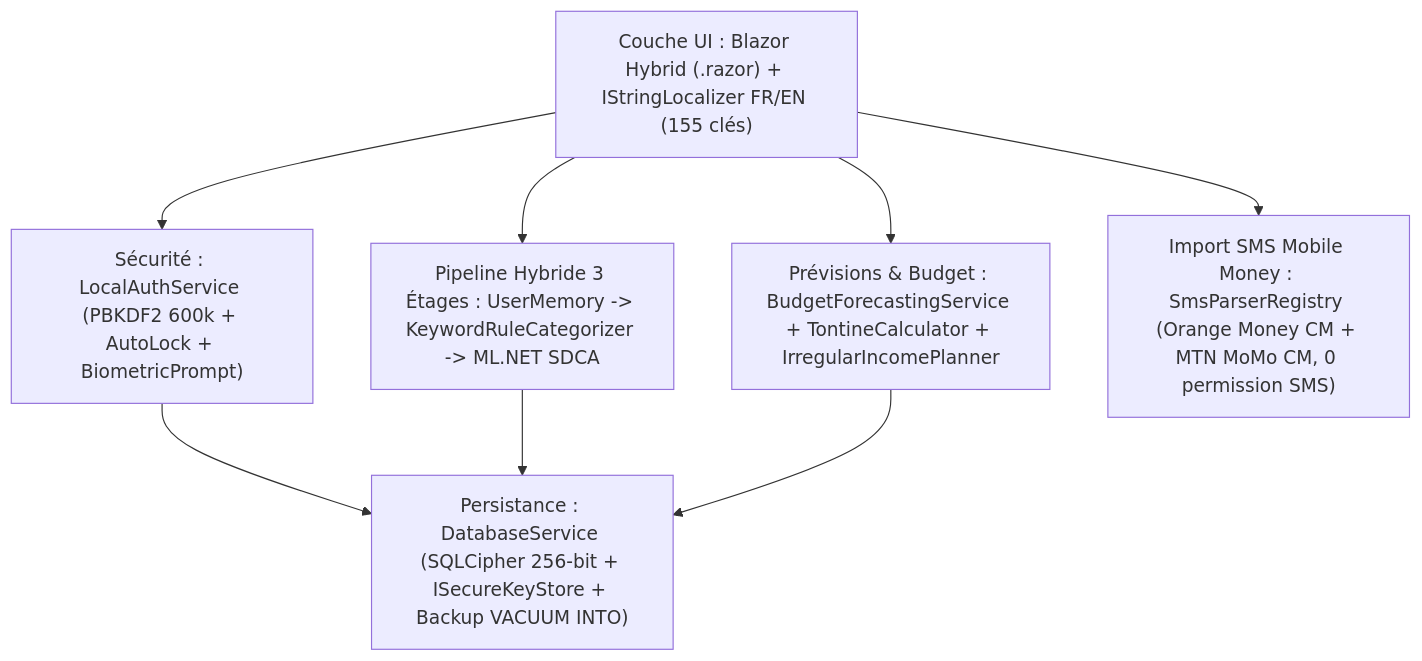
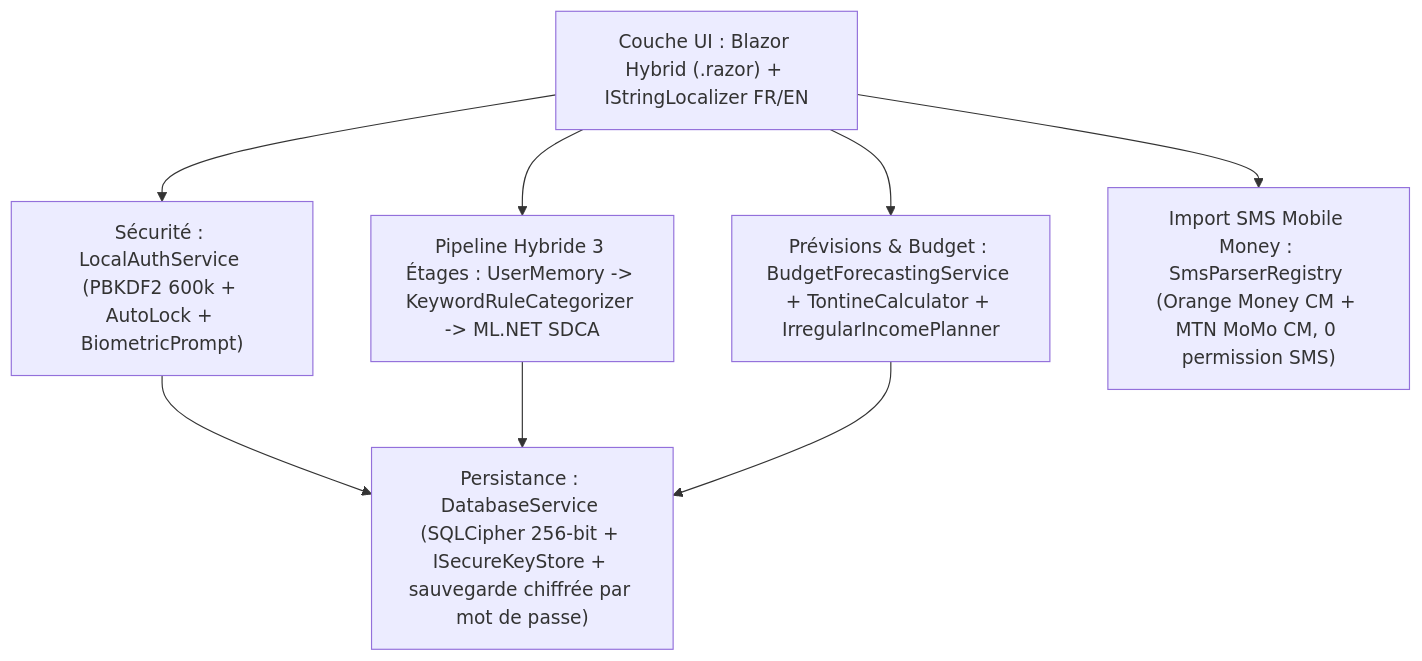
One commit to ElogeKenzo/SmartBudgetML changed the diagram in README.md. Above: the diagram before and after it, drawn with Mermaid. The commit also changed other lines of this file and 8 other files, not shown here.

````diff
--- a/README.md
+++ b/README.md
@@ -35,17 +36,17 @@
 ```mermaid
 flowchart TD
-    UI["Couche UI : Blazor Hybrid (.razor) + IStringLocalizer FR/EN (155 clés)"]
+    UI["Couche UI : Blazor Hybrid (.razor) + IStringLocalizer FR/EN"]
     AUTH["Sécurité : LocalAuthService (PBKDF2 600k + AutoLock + BiometricPrompt)"]
     ML["Pipeline Hybride 3 Étages : UserMemory -> KeywordRuleCategorizer -> ML.NET SDCA"]
     FORECAST["Prévisions & Budget : BudgetForecastingService + TontineCalculator + IrregularIncomePlanner"]
     SMS["Import SMS Mobile Money : SmsParserRegistry (Orange Money CM + MTN MoMo CM, 0 permission SMS)"]
-    DB["Persistance : DatabaseService (SQLCipher 256-bit + ISecureKeyStore + Backup VACUUM INTO)"]
+    DB["Persistance : DatabaseService (SQLCipher 256-bit + ISecureKeyStore + sauvegarde chiffrée par mot de passe)"]
 
     UI --> AUTH
     UI --> ML
     UI --> FORECAST
     UI --> SMS
     AUTH --> DB
     ML --> DB
     FORECAST --> DB
 ```
````
